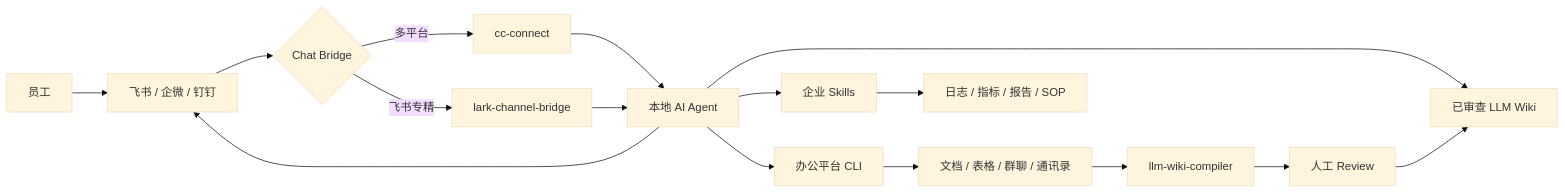
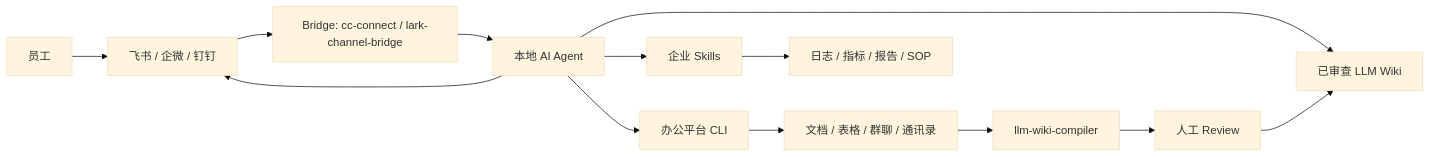
One commit to eddiearc/fde-kit changed the diagram in README.md. Above: the diagram before and after it, drawn with Mermaid (base theme). The commit also changed other lines of this file, not shown here.

Commit message:
Update bridge options for Feishu FDE

````diff
--- a/README.md
+++ b/README.md
@@ -11,18 +11,15 @@
 ```mermaid
 flowchart LR
   User[员工] --> Chat[飞书 / 企微 / 钉钉]
-  Chat --> Bridge{Chat Bridge}
-  Bridge -->|多平台| cc[cc-connect]
-  Bridge -->|飞书专精| lark[lark-channel-bridge]
-  cc --> Agent[本地 AI Agent]
-  lark --> Agent
+  Chat --> Bridge[Bridge: cc-connect / lark-channel-bridge]
+  Bridge --> Agent[本地 AI Agent]
   Agent --> Platform[办公平台 CLI]
   Agent --> Wiki[已审查 LLM Wiki]
   Agent --> Skills[企业 Skills]
   Platform --> Data[文档 / 表格 / 群聊 / 通讯录]
   Data --> Compiler[llm-wiki-compiler]
   Compiler --> Review[人工 Review]
   Review --> Wiki
   Skills --> Workflow[日志 / 指标 / 报告 / SOP]
   Agent --> Chat
 ```
````
